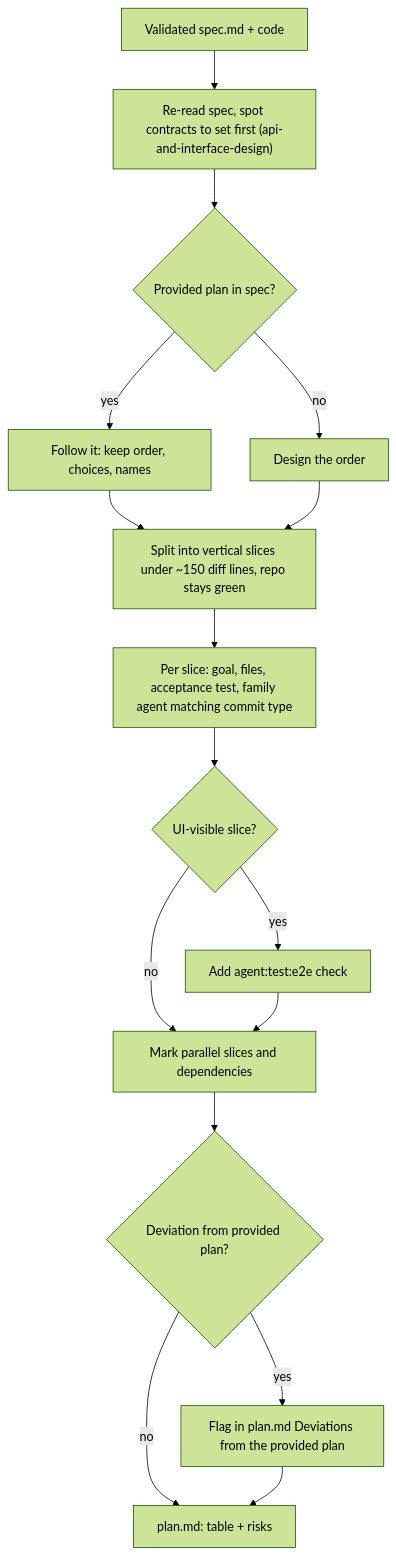
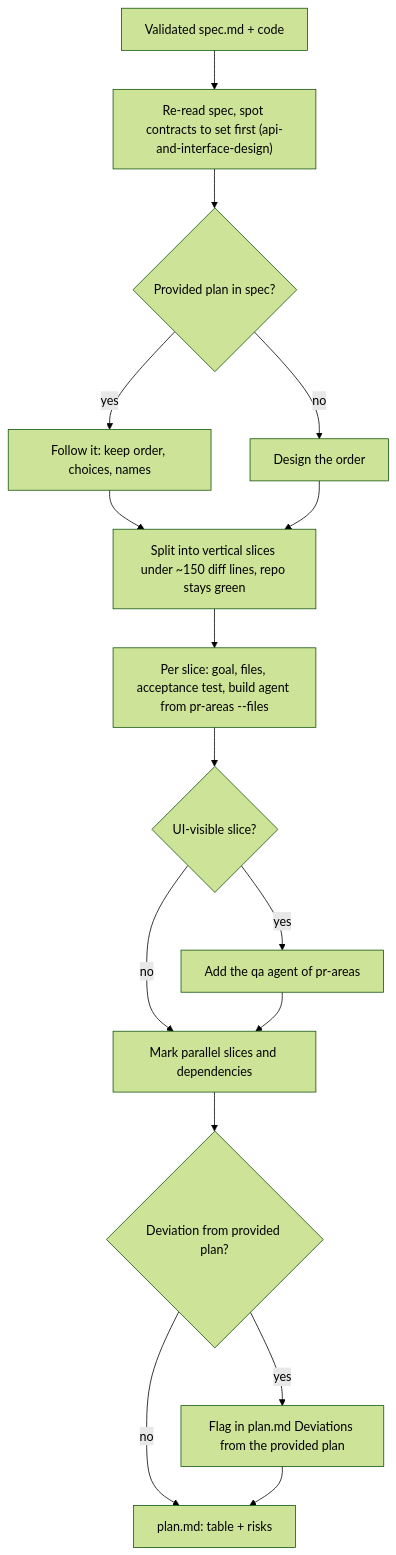
The third of 5 diagrams in src/agents/core/SCHEMA.md (nicolasmondain/adorno), drawn with Mermaid (forest theme) before and after one commit. The commit also changed other lines of this file and 220 other files, not shown here.

First line of the commit message:
feat(areas): map code areas to build, fix, perf, review and qa agents (#12)

````diff
--- a/src/agents/core/SCHEMA.md
+++ b/src/agents/core/SCHEMA.md
@@ -45,18 +45,18 @@
 ```mermaid
 flowchart TD
   A["Validated spec.md + code"] --> B["Re-read spec, spot contracts to set first (api-and-interface-design)"]
   B --> C{"Provided plan in spec?"}
   C -->|"yes"| D["Follow it: keep order, choices, names"]
   C -->|"no"| E["Design the order"]
   D --> F["Split into vertical slices under ~150 diff lines, repo stays green"]
   E --> F
-  F --> G["Per slice: goal, files, acceptance test, family agent matching commit type"]
+  F --> G["Per slice: goal, files, acceptance test, build agent from pr-areas --files"]
   G --> H{"UI-visible slice?"}
-  H -->|"yes"| I["Add agent:test:e2e check"]
+  H -->|"yes"| I["Add the qa agent of pr-areas"]
   H -->|"no"| J["Mark parallel slices and dependencies"]
   I --> J
   J --> K{"Deviation from provided plan?"}
   K -->|"yes"| L["Flag in plan.md Deviations from the provided plan"]
   K -->|"no"| M["plan.md: table + risks"]
   L --> M
 ```
````
